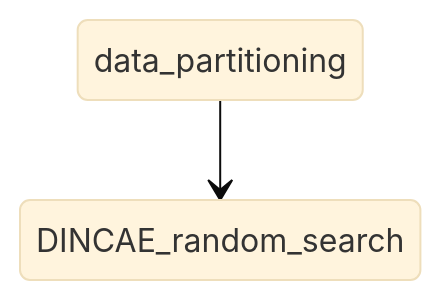
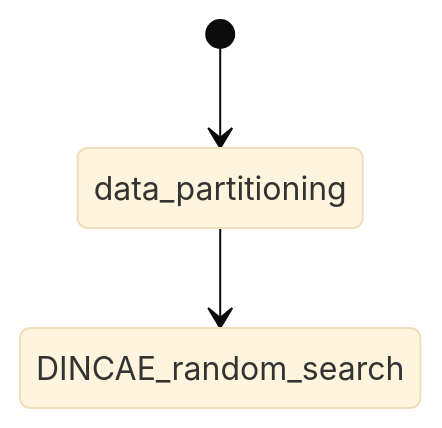
The diagram in README.md (EhsanMehdipour/PFT_gapfilling), drawn with Mermaid (base theme) before and after one commit.

````diff
--- a/README.md
+++ b/README.md
@@ -65,4 +65,5 @@
 ```Mermaid
 stateDiagram
+  [*] --> data_partitioning
   data_partitioning --> DINCAE_random_search
 ```
````
